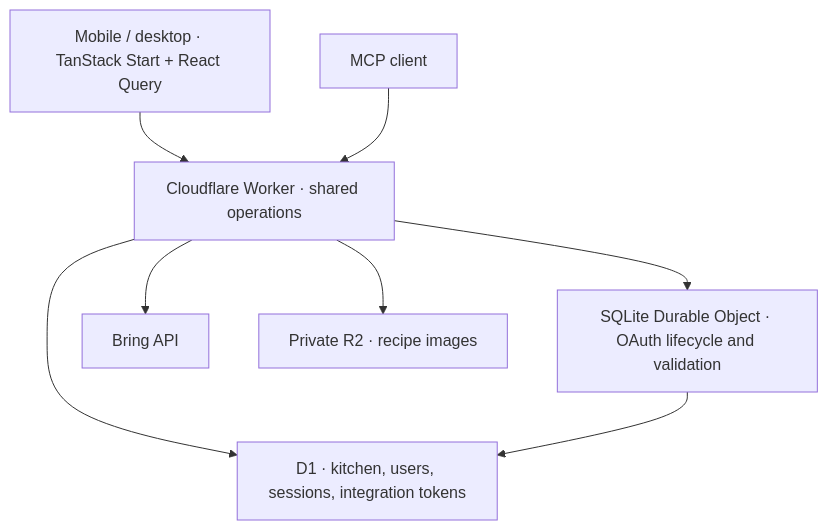
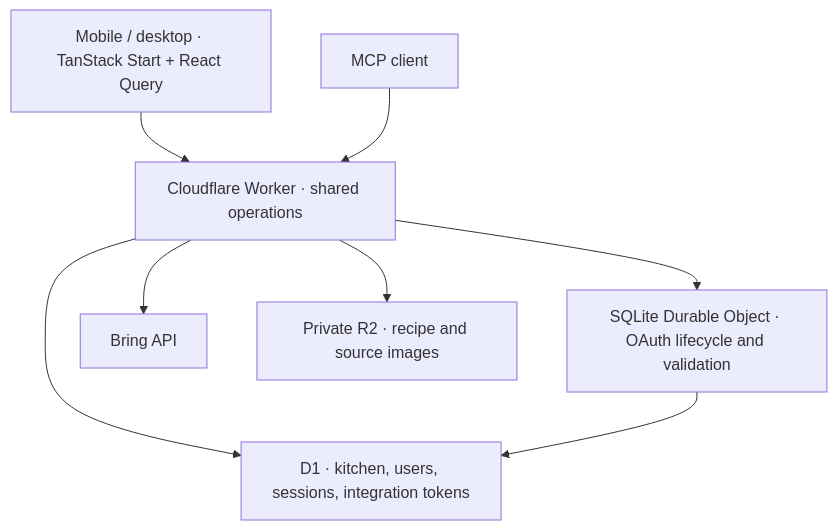
Before and after one commit to julianfbeck/LunchJu: the diagram in README.md, drawn with Mermaid. The commit also changed other lines of this file and 18 other files, not shown here.

````diff
--- a/README.md
+++ b/README.md
@@ -40,10 +42,10 @@
 ```mermaid
 flowchart TD
   Browser[Mobile / desktop · TanStack Start + React Query] --> Worker[Cloudflare Worker · shared operations]
   Agent[MCP client] --> Worker
   Worker --> D1[D1 · kitchen, users, sessions, integration tokens]
   Worker --> OAuth[SQLite Durable Object · OAuth lifecycle and validation]
   Worker --> Bring[Bring API]
-  Worker --> R2[Private R2 · recipe images]
+  Worker --> R2[Private R2 · recipe and source images]
   OAuth --> D1
 ```
````
